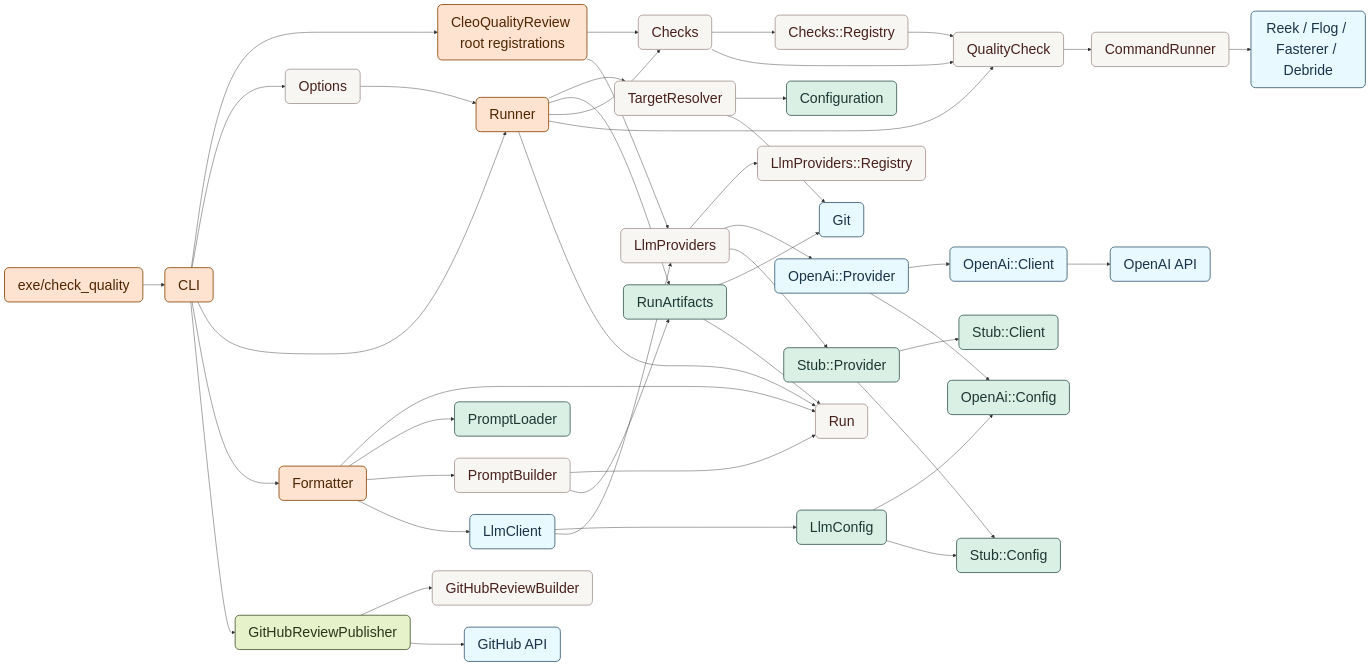
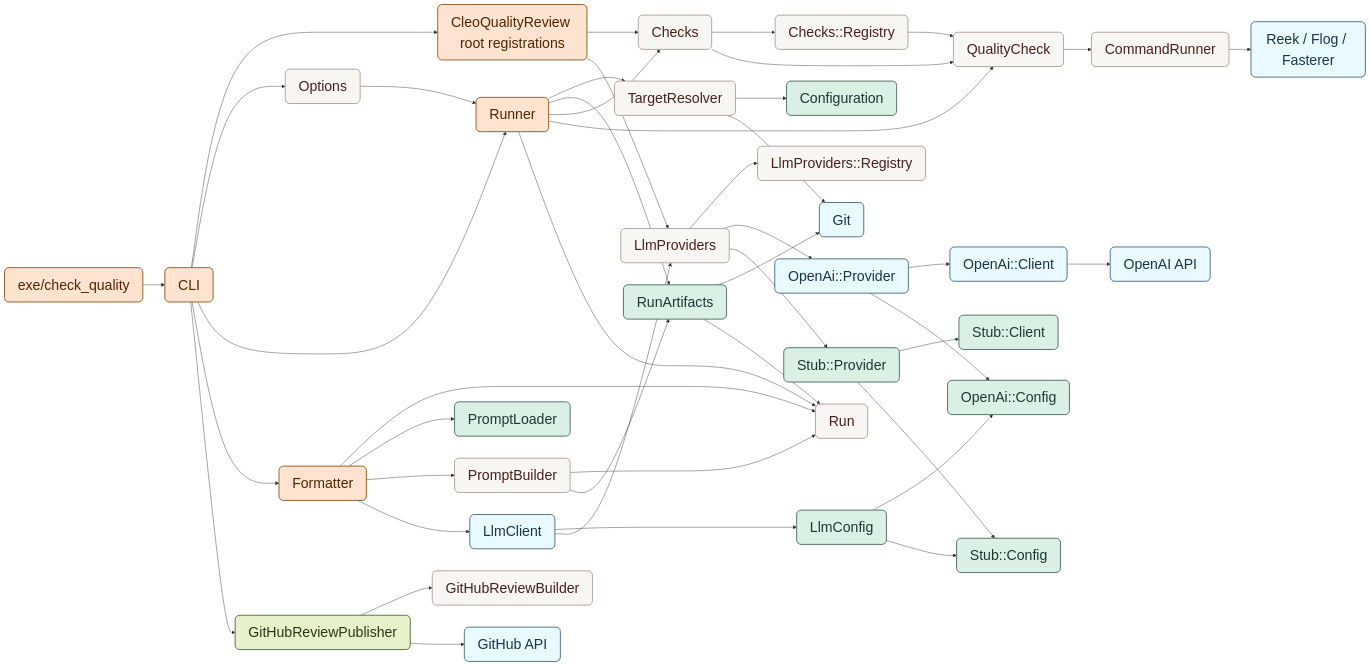
One commit to meetcleo/cleo-quality-review changed the diagram in README.md. Above: the diagram before and after it, drawn with Mermaid. The commit also changed other lines of this file and 12 other files, not shown here.

````diff
--- a/README.md
+++ b/README.md
@@ -128,58 +125,58 @@
 ```mermaid
 %%{init: {"themeVariables": {"fontSize": "32px"}}}%%
 flowchart LR
     Executable["exe/check_quality"]:::accent --> CLI["CLI"]:::accent
     CLI --> RootRegistrations["CleoQualityReview root registrations"]:::accent
     RootRegistrations --> ChecksModule["Checks"]:::rounded
     RootRegistrations --> LlmProvidersModule["LlmProviders"]:::rounded
     CLI --> Options["Options"]:::rounded
     CLI --> Runner["Runner"]:::accent
     CLI --> Formatter["Formatter"]:::accent
     CLI --> GitHubReviewPublisher["GitHubReviewPublisher"]:::positive
     Options --> Runner
 
     Runner --> TargetResolver["TargetResolver"]:::rounded
     TargetResolver --> Configuration["Configuration"]:::neutral
     TargetResolver --> Git["Git"]:::info
     Runner --> RunArtifacts["RunArtifacts"]:::neutral
     RunArtifacts --> Git
 
     Runner --> ChecksModule
     ChecksModule --> ChecksRegistry["Checks::Registry"]:::rounded
     ChecksModule --> QualityCheck["QualityCheck"]:::rounded
     ChecksRegistry --> QualityCheck
     Runner --> QualityCheck
     QualityCheck --> CommandRunner["CommandRunner"]:::rounded
-    CommandRunner --> Tools["Reek / Flog / Fasterer / Debride"]:::info
+    CommandRunner --> Tools["Reek / Flog / Fasterer"]:::info
 
     RunArtifacts --> Run["Run"]:::rounded
     Runner --> Run
 
     Formatter --> Run
     Formatter --> PromptLoader["PromptLoader"]:::neutral
     Formatter --> PromptBuilder["PromptBuilder"]:::rounded
     PromptBuilder --> Run
     PromptBuilder --> RunArtifacts
     Formatter --> LlmClient["LlmClient"]:::info
     LlmClient --> LlmConfig["LlmConfig"]:::neutral
     LlmClient --> LlmProvidersModule
     LlmProvidersModule --> LlmProvidersRegistry["LlmProviders::Registry"]:::rounded
     LlmProvidersModule --> OpenAiProvider["OpenAi::Provider"]:::info
     LlmProvidersModule --> StubProvider["Stub::Provider"]:::neutral
     LlmConfig --> OpenAiConfig["OpenAi::Config"]:::neutral
     LlmConfig --> StubConfig["Stub::Config"]:::neutral
     OpenAiProvider --> OpenAiClient["OpenAi::Client"]:::info
     OpenAiProvider --> OpenAiConfig
     OpenAiClient --> OpenAI["OpenAI API"]:::info
     StubProvider --> StubClient["Stub::Client"]:::neutral
     StubProvider --> StubConfig
 
     GitHubReviewPublisher --> GitHubReviewBuilder["GitHubReviewBuilder"]:::rounded
     GitHubReviewPublisher --> GitHubAPI["GitHub API"]:::info
 
     classDef rounded fill:#F8F6F2,stroke:#AC9B98,stroke-width:2px,color:#47201C,rx:10,ry:10
     classDef positive fill:#E6F2C9,stroke:#51623A,stroke-width:2px,color:#28371A,rx:10,ry:10
     classDef info fill:#E8FAFF,stroke:#42657C,stroke-width:2px,color:#1A3348,rx:10,ry:10
     classDef accent fill:#FFE3D1,stroke:#905013,stroke-width:2px,color:#4F2600,rx:10,ry:10
     classDef neutral fill:#DAF0E5,stroke:#46635E,stroke-width:2px,color:#1D3733,rx:10,ry:10
 ```
````
